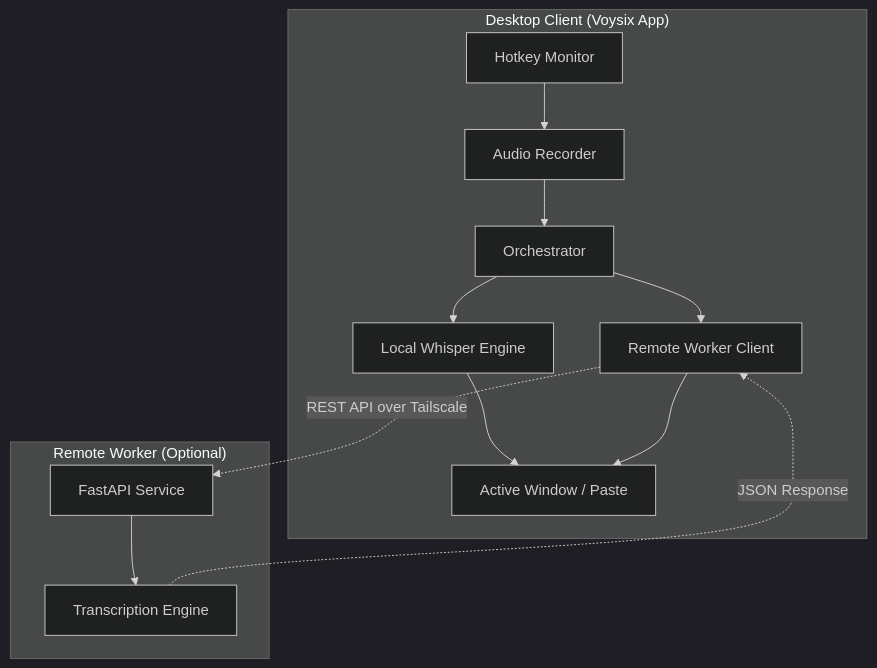
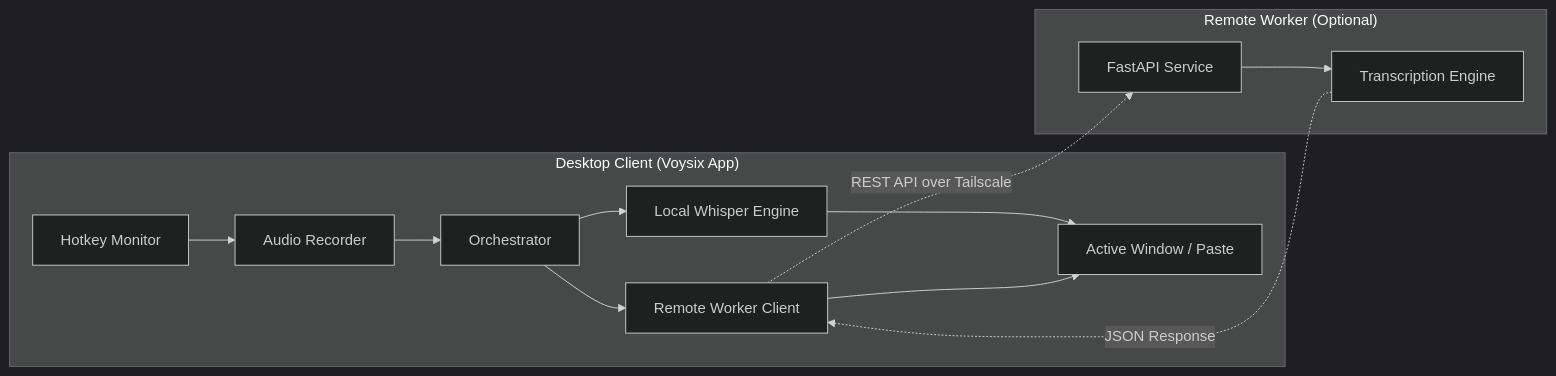
Before and after one commit to Mapache182/voysix: the first of 2 diagrams in README.md, drawn with Mermaid (dark theme). The commit also changed other lines of this file and 16 other files, not shown here.

````diff
--- a/README.md
+++ b/README.md
@@ -28,17 +26,17 @@
 ```mermaid
-graph TD
+graph LR
     subgraph "Desktop Client (Voysix App)"
         A[Hotkey Monitor] --> B[Audio Recorder]
         B --> C[Orchestrator]
         C --> D[Local Whisper Engine]
         C --> E[Remote Worker Client]
         D --> F[Active Window / Paste]
         E --> F
     end
 
     subgraph "Remote Worker (Optional)"
         E -.->|REST API over Tailscale| G[FastAPI Service]
         G --> H[Transcription Engine]
         H -.->|JSON Response| E
     end
 ```
````
